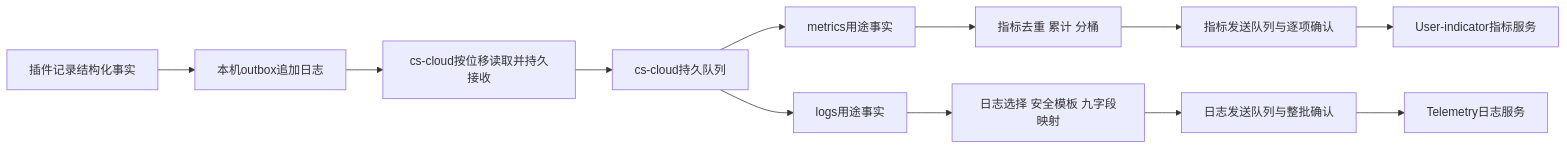
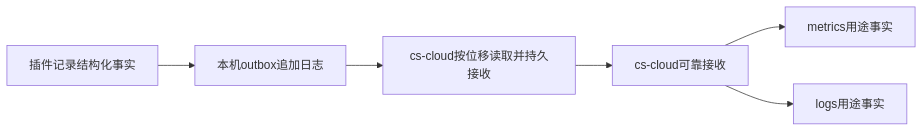
The diagram in docs/jetbrains-stability-design.md (IronRookieCoder/kilocode), drawn with Mermaid before and after one commit. The commit also changed other lines of this file, not shown here.

````diff
--- a/docs/jetbrains-stability-design.md
+++ b/docs/jetbrains-stability-design.md
@@ -123,14 +79,8 @@
 ```mermaid
 flowchart LR
   P[插件记录结构化事实] --> O[本机outbox追加日志]
   O --> C[cs-cloud按位移读取并持久接收]
-  C --> S[cs-cloud持久队列]
+  C --> S[cs-cloud可靠接收]
   S --> MF[metrics用途事实]
   S --> LF[logs用途事实]
-  MF --> MC[指标去重 累计 分桶]
-  MC --> MQ[指标发送队列与逐项确认]
-  MQ --> M[User-indicator指标服务]
-  LF --> LC[日志选择 安全模板 九字段映射]
-  LC --> LQ[日志发送队列与整批确认]
-  LQ --> L[Telemetry日志服务]
 ```
````
